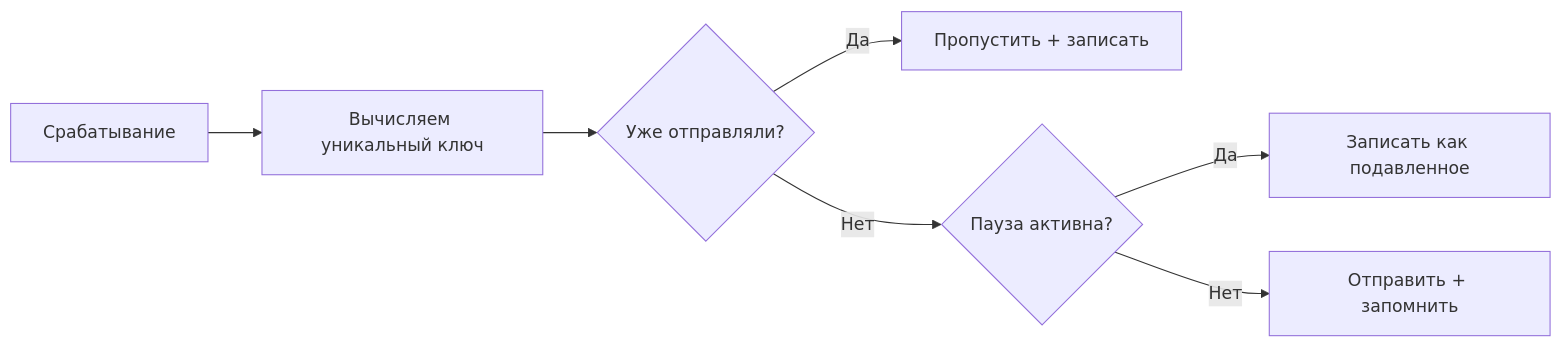
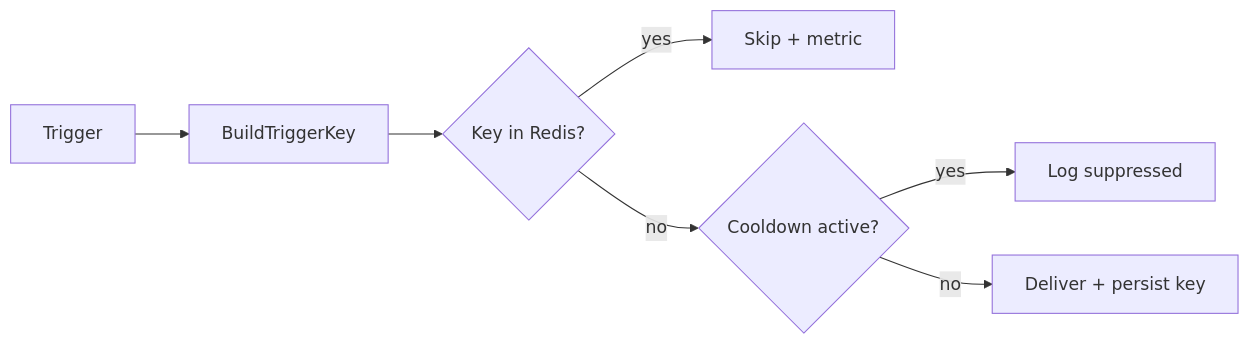
The fifth of 7 diagrams in docs/architecture/architecture-deck.md (MarchenkoRuslan/alarm_system), drawn with Mermaid before and after one commit. The commit also changed other lines of this file, not shown here.

Commit message:
Update architecture documentation with English terminology for clarity and consistency, including changes to data sources, core pipeline, and event structure.

````diff
--- a/docs/architecture/architecture-deck.md
+++ b/docs/architecture/architecture-deck.md
@@ -242,9 +242,9 @@
 ```mermaid
 flowchart LR
-  T[Срабатывание] --> K[Вычисляем уникальный ключ]
-  K --> R{Уже отправляли?}
-  R -->|Да| Skip[Пропустить + записать]
-  R -->|Нет| CD{Пауза активна?}
-  CD -->|Да| Log[Записать как подавленное]
-  CD -->|Нет| Send[Отправить + запомнить]
+  T[Trigger] --> K[BuildTriggerKey]
+  K --> R{Key in Redis?}
+  R -->|yes| Skip[Skip + metric]
+  R -->|no| CD{Cooldown active?}
+  CD -->|yes| Log[Log suppressed]
+  CD -->|no| Send[Deliver + persist key]
 ```
````
